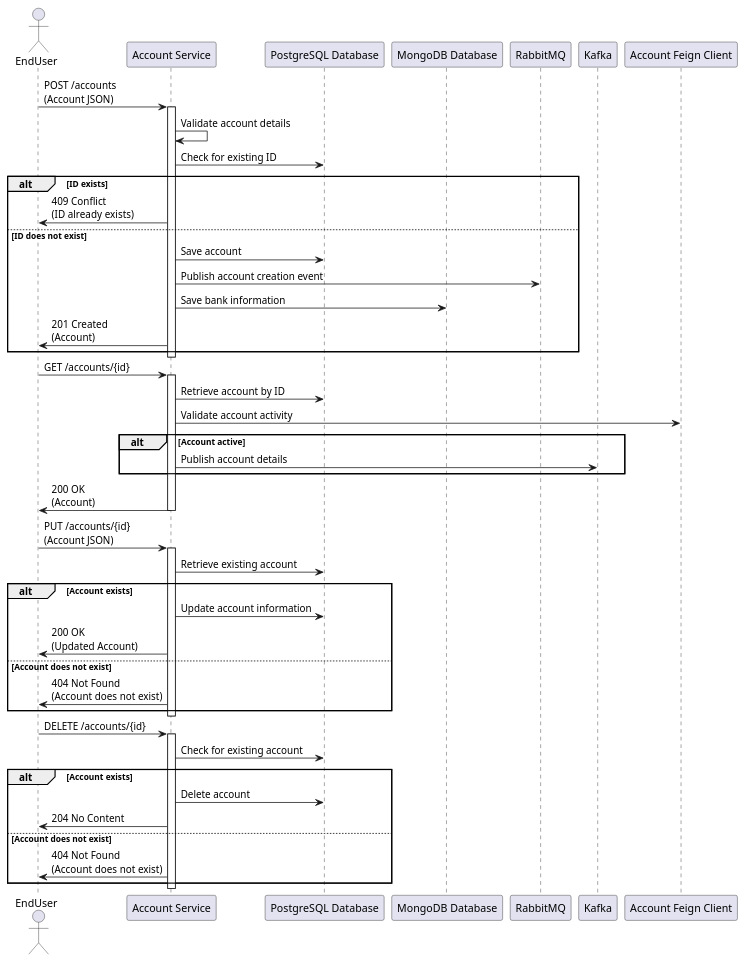
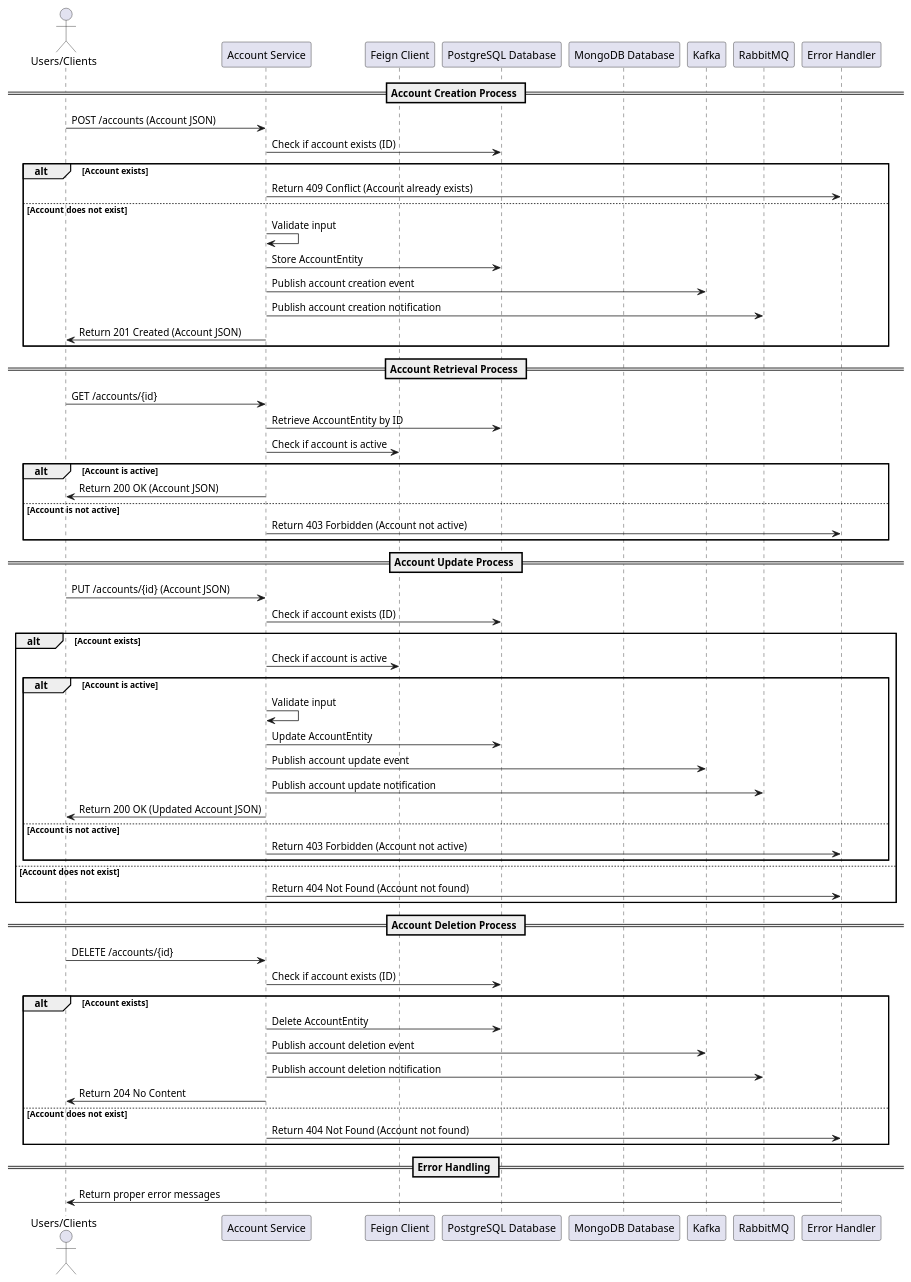
Before and after one commit to Bhaskar-Pavan/AccountService: the diagram in design_document/Account_Service.md, drawn with PlantUML. The commit also changed other lines of this file, not shown here.

````diff
--- a/design_document/Account_Service.md
+++ b/design_document/Account_Service.md
@@ -36,58 +36,69 @@
 ```plantuml
 @startuml
-actor EndUser as User
+actor Client as "Users/Clients"
 participant "Account Service" as AccountService
+participant "Feign Client" as FeignClient
 participant "PostgreSQL Database" as PostgreSQL
 participant "MongoDB Database" as MongoDB
+participant "Kafka" as Kafka
 participant "RabbitMQ" as RabbitMQ
-participant "Kafka" as Kafka
-participant "Account Feign Client" as FeignClient
+participant "Error Handler" as ErrorHandler
 
-User -> AccountService : POST /accounts\n(Account JSON)
-activate AccountService
-AccountService -> AccountService : Validate account details
-AccountService -> PostgreSQL : Check for existing ID
-alt ID exists
-    AccountService -> User : 409 Conflict\n(ID already exists)
-else ID does not exist
-    AccountService -> PostgreSQL : Save account
-    AccountService -> RabbitMQ : Publish account creation event
-    AccountService -> MongoDB : Save bank information
-    AccountService -> User : 201 Created\n(Account)
+== Account Creation Process ==
+Client -> AccountService: POST /accounts (Account JSON)
+AccountService -> PostgreSQL: Check if account exists (ID)
+alt Account exists
+    AccountService -> ErrorHandler: Return 409 Conflict (Account already exists)
+else Account does not exist
+    AccountService -> AccountService: Validate input
+    AccountService -> PostgreSQL: Store AccountEntity
+    AccountService -> Kafka: Publish account creation event
+    AccountService -> RabbitMQ: Publish account creation notification
+    AccountService -> Client: Return 201 Created (Account JSON)
 end
-deactivate AccountService
 
-User -> AccountService : GET /accounts/{id}
-activate AccountService
-AccountService -> PostgreSQL : Retrieve account by ID
-AccountService -> FeignClient : Validate account activity
-alt Account active
-    AccountService -> Kafka : Publish account details
+== Account Retrieval Process ==
+Client -> AccountService: GET /accounts/{id}
+AccountService -> PostgreSQL: Retrieve AccountEntity by ID
+AccountService -> FeignClient: Check if account is active
+alt Account is active
+    AccountService -> Client: Return 200 OK (Account JSON)
+else Account is not active
+    AccountService -> ErrorHandler: Return 403 Forbidden (Account not active)
 end
-AccountService -> User : 200 OK\n(Account)
-deactivate AccountService
 
-User -> AccountService : PUT /accounts/{id}\n(Account JSON)
-activate AccountService
-AccountService -> PostgreSQL : Retrieve existing account
+== Account Update Process ==
+Client -> AccountService: PUT /accounts/{id} (Account JSON)
+AccountService -> PostgreSQL: Check if account exists (ID)
 alt Account exists
-    AccountService -> PostgreSQL : Update account information
-    AccountService -> User : 200 OK\n(Updated Account)
+    AccountService -> FeignClient: Check if account is active
+    alt Account is active
+        AccountService -> AccountService: Validate input
+        AccountService -> PostgreSQL: Update AccountEntity
+        AccountService -> Kafka: Publish account update event
+        AccountService -> RabbitMQ: Publish account update notification
+        AccountService -> Client: Return 200 OK (Updated Account JSON)
+    else Account is not active
+        AccountService -> ErrorHandler: Return 403 Forbidden (Account not active)
+    end
 else Account does not exist
-    AccountService -> User : 404 Not Found\n(Account does not exist)
+    AccountService -> ErrorHandler: Return 404 Not Found (Account not found)
 end
-deactivate AccountService
 
-User -> AccountService : DELETE /accounts/{id}
-activate AccountService
-AccountService -> PostgreSQL : Check for existing account
+== Account Deletion Process ==
+Client -> AccountService: DELETE /accounts/{id}
+AccountService -> PostgreSQL: Check if account exists (ID)
 alt Account exists
-    AccountService -> PostgreSQL : Delete account
-    AccountService -> User : 204 No Content
+    AccountService -> PostgreSQL: Delete AccountEntity
+    AccountService -> Kafka: Publish account deletion event
+    AccountService -> RabbitMQ: Publish account deletion notification
+    AccountService -> Client: Return 204 No Content
 else Account does not exist
-    AccountService -> User : 404 Not Found\n(Account does not exist)
+    AccountService -> ErrorHandler: Return 404 Not Found (Account not found)
 end
-deactivate AccountService
+
+== Error Handling ==
+ErrorHandler -> Client: Return proper error messages
 
 @enduml
 ```
````
